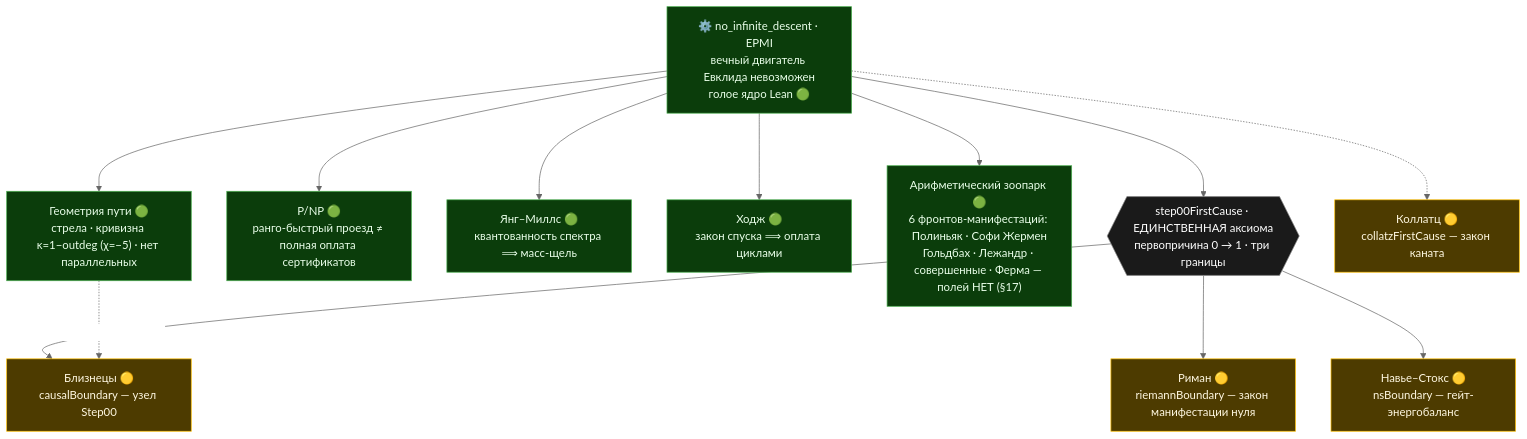
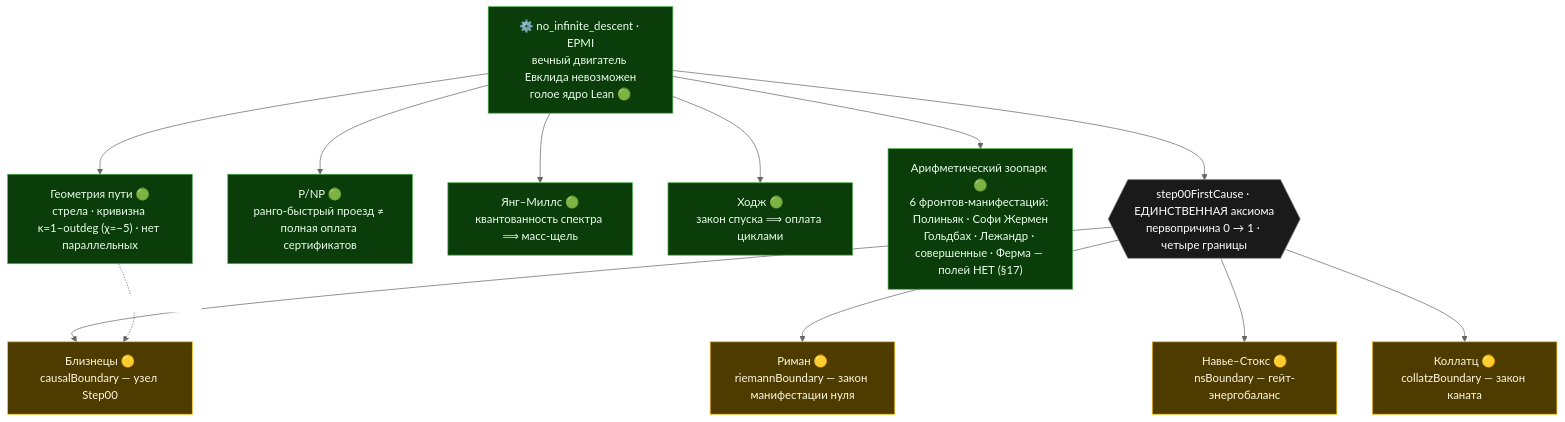
One commit to elamaunt/Euclids-path changed the diagram in README.md. Above: the diagram before and after it, drawn with Mermaid (neutral theme). The commit also changed other lines of this file and 14 other files, not shown here.

First line of the commit message:
Collatz: grounded on the same first cause (fourth boundary of step00FirstCause)

````diff
--- a/README.md
+++ b/README.md
@@ -63,26 +63,26 @@
 ```mermaid
 flowchart TD
     ROOT["⚙️ no_infinite_descent · EPMI<br/>вечный двигатель Евклида невозможен<br/>голое ядро Lean 🟢"]
 
-    ROOT --> FC{{"step00FirstCause · ЕДИНСТВЕННАЯ аксиома<br/>первопричина 0 → 1 · три границы"}}
+    ROOT --> FC{{"step00FirstCause · ЕДИНСТВЕННАЯ аксиома<br/>первопричина 0 → 1 · четыре границы"}}
     FC --> TP["Близнецы 🟡<br/>causalBoundary — узел Step00"]
     FC --> RH["Риман 🟡<br/>riemannBoundary — закон манифестации нуля"]
     FC --> NS["Навье–Стокс 🟡<br/>nsBoundary — гейт-энергобаланс"]
 
     ROOT --> PNP["P/NP 🟢<br/>ранго-быстрый проезд ≠ полная оплата сертификатов"]
     ROOT --> YM["Янг–Миллс 🟢<br/>квантованность спектра ⟹ масс-щель"]
     ROOT --> HC["Ходж 🟢<br/>закон спуска ⟹ оплата циклами"]
 
     ROOT --> ZOO["Арифметический зоопарк 🟢<br/>6 фронтов-манифестаций: Полиньяк · Софи Жермен<br/>Гольдбах · Лежандр · совершенные · Ферма — полей НЕТ (§17)"]
     ROOT --> GEO["Геометрия пути 🟢<br/>стрела · кривизна κ=1−outdeg (χ=−5) · нет параллельных"]
     GEO -. та же граница близнецов .-> TP
 
-    ROOT -. вне репо .-> CL["Коллатц 🟡<br/>collatzFirstCause — закон каната"]
+    FC --> CL["Коллатц 🟡<br/>collatzBoundary — закон каната"]
 
     classDef green fill:#0b3d0b,stroke:#4caf50,color:#eaffea;
     classDef yellow fill:#4d3b00,stroke:#ffc107,color:#fff8e1;
     classDef root fill:#1a1a1a,stroke:#888,color:#ffffff;
     class ROOT,PNP,YM,HC,ZOO,GEO green;
     class TP,RH,NS,CL yellow;
     class FC root;
 ```
````
